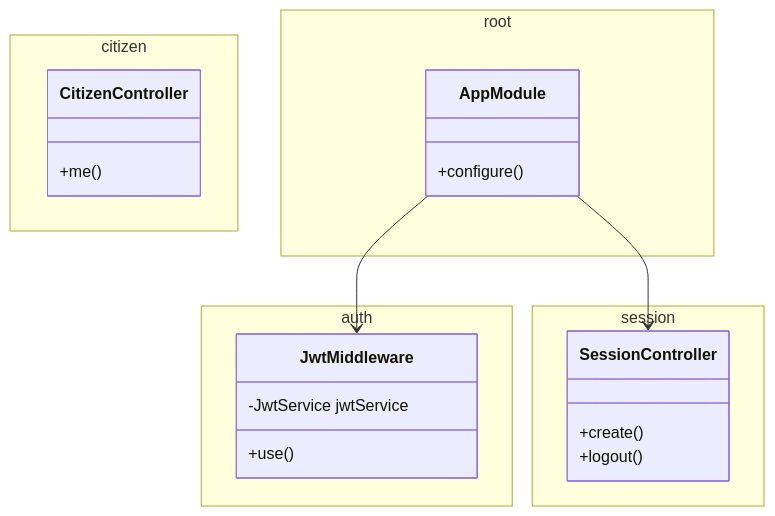
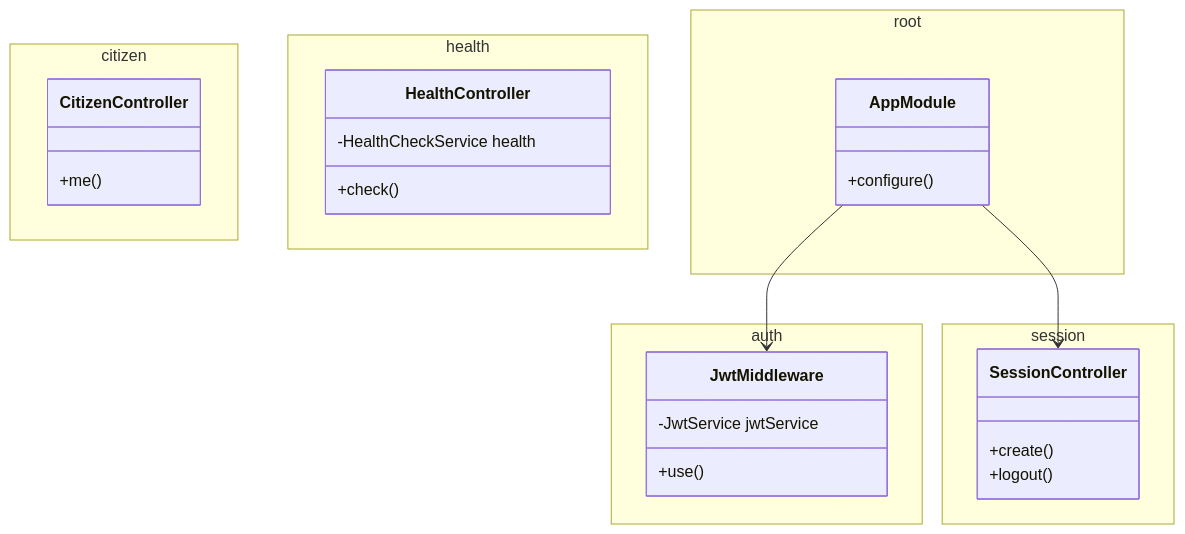
Before and after one commit to pslotinsky/decay-of-magic: the diagram in realms/gateway/README.md, drawn with Mermaid. The commit also changed other lines of this file and 14 other files, not shown here.

````diff
--- a/realms/gateway/README.md
+++ b/realms/gateway/README.md
@@ -8,28 +8,34 @@
 ```mermaid
 classDiagram
   namespace auth {
     class JwtMiddleware {
       -JwtService jwtService
       +use()
     }
   }
   namespace citizen {
     class CitizenController {
       +me()
+    }
+  }
+  namespace health {
+    class HealthController {
+      -HealthCheckService health
+      +check()
     }
   }
   namespace session {
     class SessionController {
       +create()
       +logout()
     }
   }
   namespace root {
     class AppModule {
       +configure()
     }
   }
 
   AppModule --> JwtMiddleware
   AppModule --> SessionController
 ```
````
